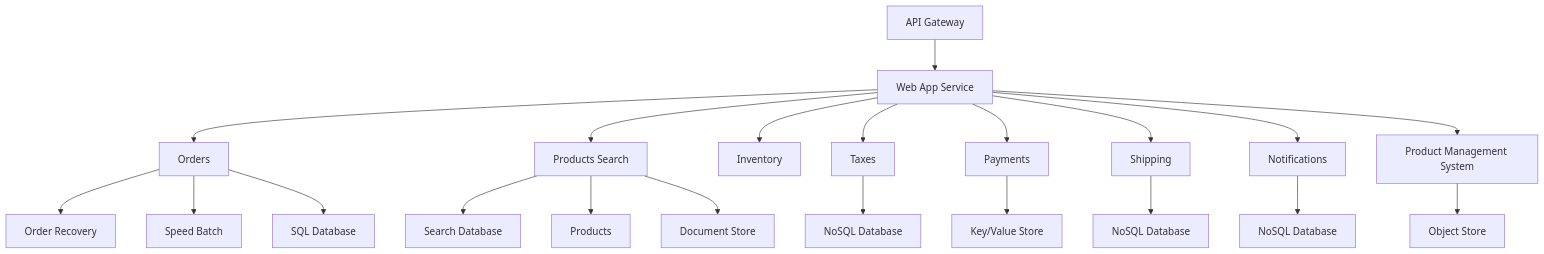
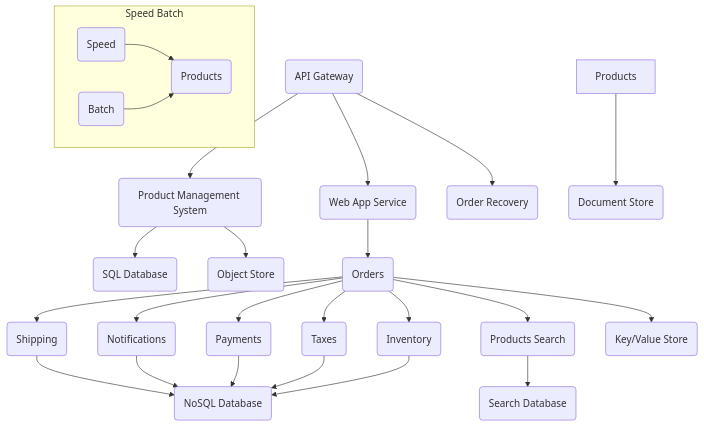
One commit to ulises-jimenez07/learning_notes changed diagram 13 of 13 in software_architecture_large_scale_systems.md. Above: the diagram before and after it, drawn with Mermaid. The commit also changed other lines of this file, not shown here.

````diff
--- a/software_architecture_large_scale_systems.md
+++ b/software_architecture_large_scale_systems.md
@@ -177,23 +461,31 @@
 ```mermaid
 graph TD
-    API[API Gateway] --> Web[Web App Service];
-    Web --> Orders[Orders];
-    Web --> Products_Search[Products Search];
-    Web --> Inventory[Inventory];
-    Web --> Taxes[Taxes];
-    Web --> Payments[Payments];
-    Web --> Shipping[Shipping];
-    Web --> Notifications[Notifications];
-    Web --> Product_Mgmt[Product Management System];
-    Products_Search --> Search_DB[Search Database];
-    Products_Search --> Products[Products];
-    Products_Search --> Document_Store[Document Store];
-    Orders --> Order_Recovery[Order Recovery];
-    Orders --> Speed_Batch[Speed Batch];
-    Orders --> SQL_DB[SQL Database];
-    Taxes --> NoSQL_DB_T[NoSQL Database];
-    Payments --> KV_Store[Key/Value Store];
-    Shipping --> NoSQL_DB_S[NoSQL Database];
-    Notifications --> NoSQL_DB_N[NoSQL Database];
-    Product_Mgmt --> Object_Store[Object Store];
+    Client(API Gateway) --> PMS(Product Management System)
+    Client --> WAS(Web App Service)
+    Client --> OR(Order Recovery)
+
+    PMS --> SQL(SQL Database)
+    WAS --> Orders(Orders)
+    Orders --> Ship(Shipping)
+    Orders --> Not(Notifications)
+    Orders --> Pay(Payments)
+    Orders --> Tax(Taxes)
+    Orders --> Inv(Inventory)
+    Orders --> PS(Products Search)
+
+    PMS --> OS(Object Store)
+    Orders --> KV(Key/Value Store)
+    Inv --> NoSQL(NoSQL Database)
+    Tax --> NoSQL
+    Pay --> NoSQL
+    Ship --> NoSQL
+    Not --> NoSQL
+    PS --> SD(Search Database)
+    Products --> DS(Document Store)
+
+    subgraph Speed Batch
+        direction LR
+        S(Speed) --> P(Products);
+        B(Batch) --> P;
+    end
 ```
````
